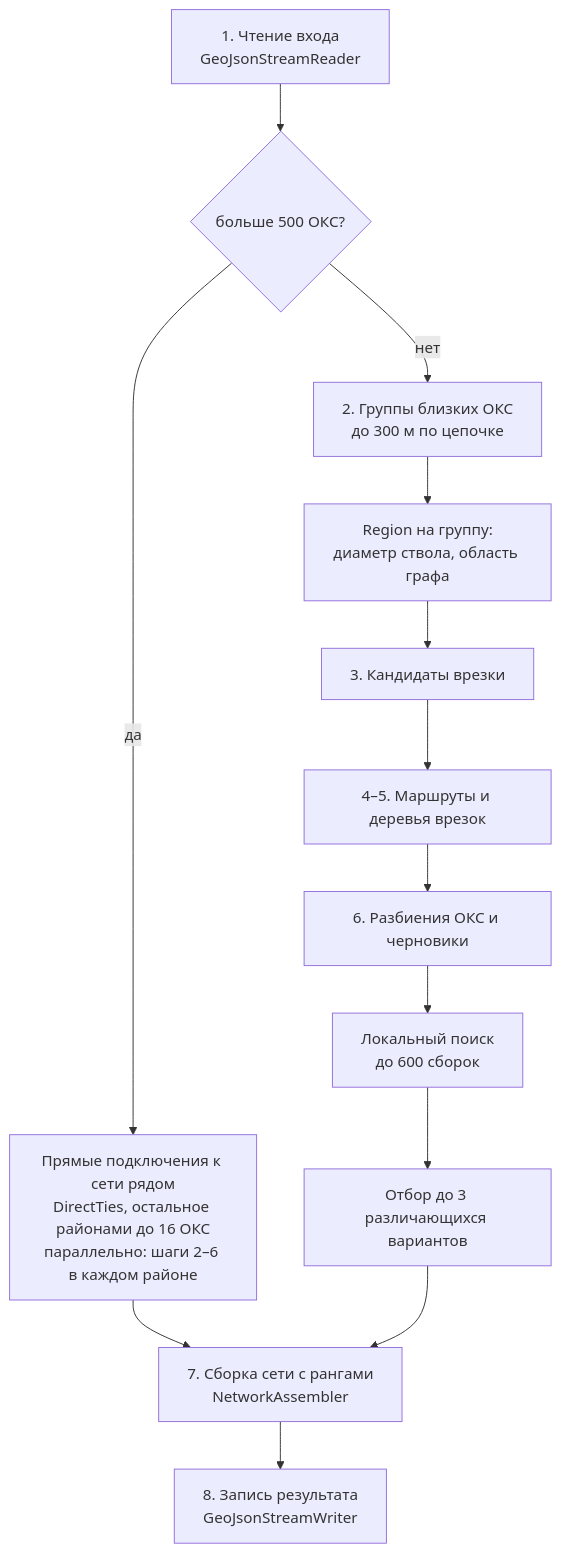
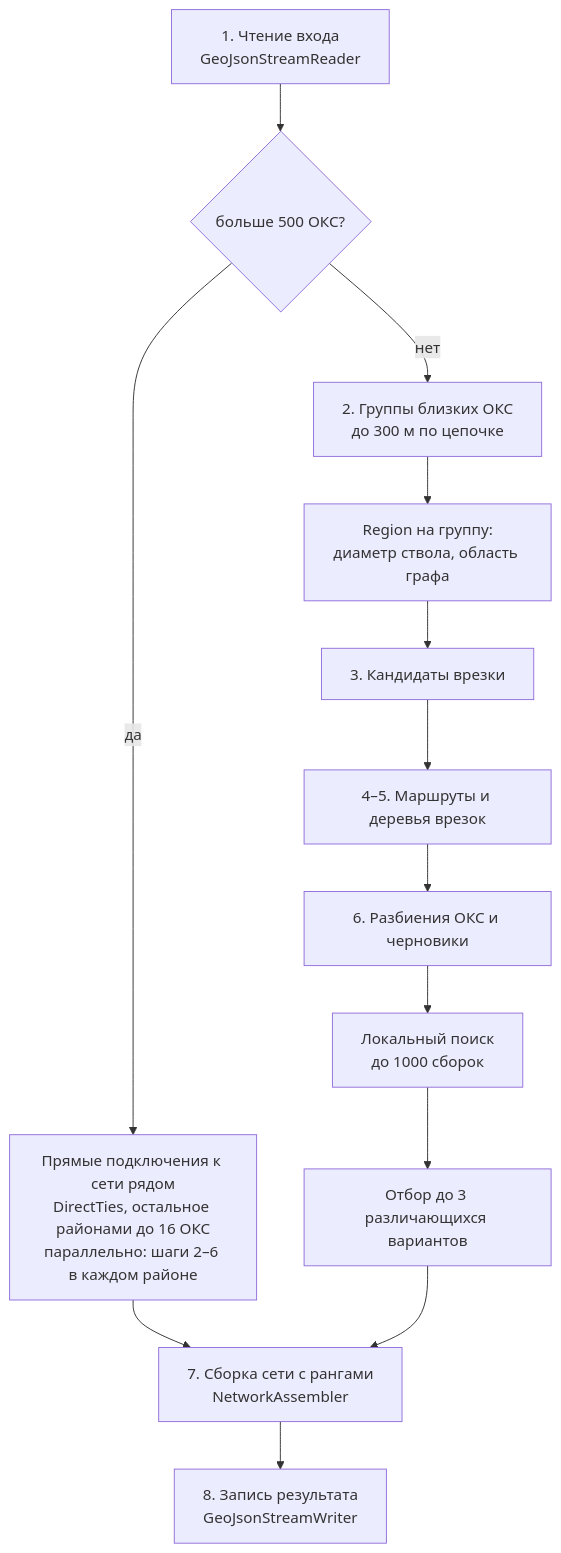
Before and after one commit to NewaccOOO/LCT: the fourth of 6 diagrams in architecture/ARCHITECTURE.md, drawn with Mermaid. The commit also changed other lines of this file and 13 other files, not shown here.

````diff
--- a/architecture/ARCHITECTURE.md
+++ b/architecture/ARCHITECTURE.md
@@ -127,15 +127,15 @@
 ```mermaid
 flowchart TD
     read[1. Чтение входа<br/>GeoJsonStreamReader] --> big{больше 500 ОКС?}
     big -->|да| city[Прямые подключения к сети рядом<br/>DirectTies, остальное районами до 16 ОКС<br/>параллельно: шаги 2–6 в каждом районе]
     city --> assemble
     big -->|нет| groups[2. Группы близких ОКС<br/>до 300 м по цепочке]
     groups --> region[Region на группу:<br/>диаметр ствола, область графа]
     region --> ties[3. Кандидаты врезки]
     ties --> tree[4–5. Маршруты и деревья врезок]
     tree --> partitions[6. Разбиения ОКС и черновики]
-    partitions --> search[Локальный поиск<br/>до 600 сборок]
+    partitions --> search[Локальный поиск<br/>до 1000 сборок]
     search --> pick[Отбор до 3 различающихся вариантов]
     pick --> assemble[7. Сборка сети с рангами<br/>NetworkAssembler]
     assemble --> write[8. Запись результата<br/>GeoJsonStreamWriter]
 ```
````
